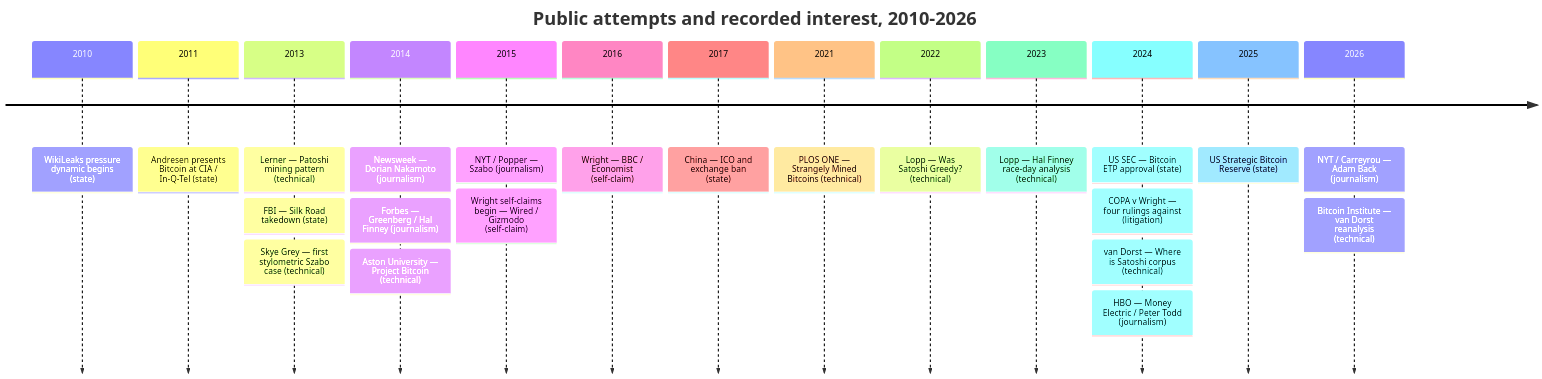
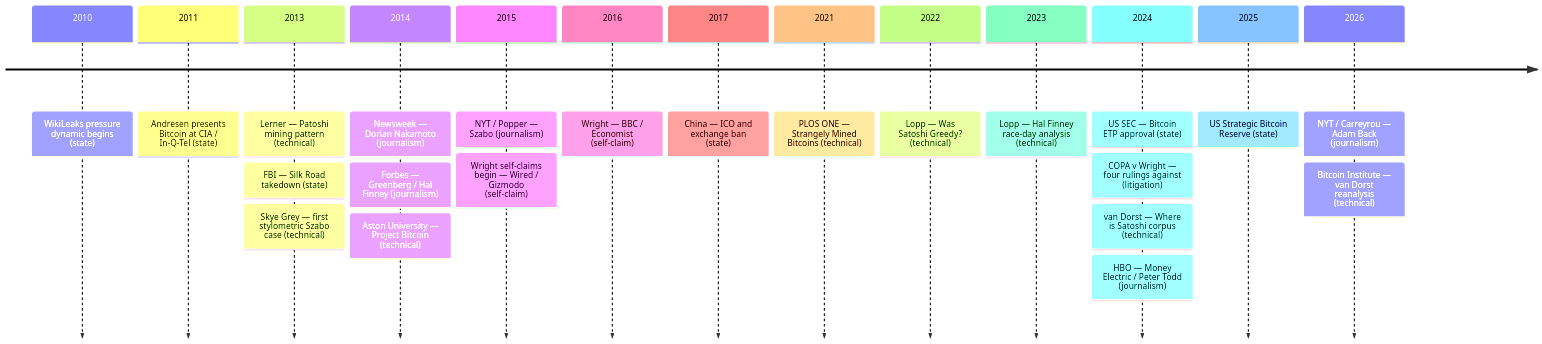
One commit to cypher256/BitcoinArchive changed the diagram in src/data/entries/en/analysis/2008-10-31-satoshi-identification-asymmetry.md. Above: the diagram before and after it, drawn with Mermaid. The commit also changed other lines of this file and 50 other files, not shown here.

````diff
--- a/src/data/entries/en/analysis/2008-10-31-satoshi-identification-asymmetry.md
+++ b/src/data/entries/en/analysis/2008-10-31-satoshi-identification-asymmetry.md
@@ -99,26 +101,25 @@
 ```mermaid
 timeline
-    title Public attempts and recorded interest, 2010-2026
     2010 : WikiLeaks pressure dynamic begins (state)
     2011 : Andresen presents Bitcoin at CIA / In-Q-Tel (state)
     2013 : Lerner — Patoshi mining pattern (technical)
          : FBI — Silk Road takedown (state)
          : Skye Grey — first stylometric Szabo case (technical)
     2014 : Newsweek — Dorian Nakamoto (journalism)
          : Forbes — Greenberg / Hal Finney (journalism)
          : Aston University — Project Bitcoin (technical)
     2015 : NYT / Popper — Szabo (journalism)
          : Wright self-claims begin — Wired / Gizmodo (self-claim)
     2016 : Wright — BBC / Economist (self-claim)
     2017 : China — ICO and exchange ban (state)
     2021 : PLOS ONE — Strangely Mined Bitcoins (technical)
     2022 : Lopp — Was Satoshi Greedy? (technical)
     2023 : Lopp — Hal Finney race-day analysis (technical)
     2024 : US SEC — Bitcoin ETP approval (state)
          : COPA v Wright — four rulings against (litigation)
          : van Dorst — Where is Satoshi corpus (technical)
          : HBO — Money Electric / Peter Todd (journalism)
     2025 : US Strategic Bitcoin Reserve (state)
     2026 : NYT / Carreyrou — Adam Back (journalism)
          : Bitcoin Institute — van Dorst reanalysis (technical)
 ```
````
